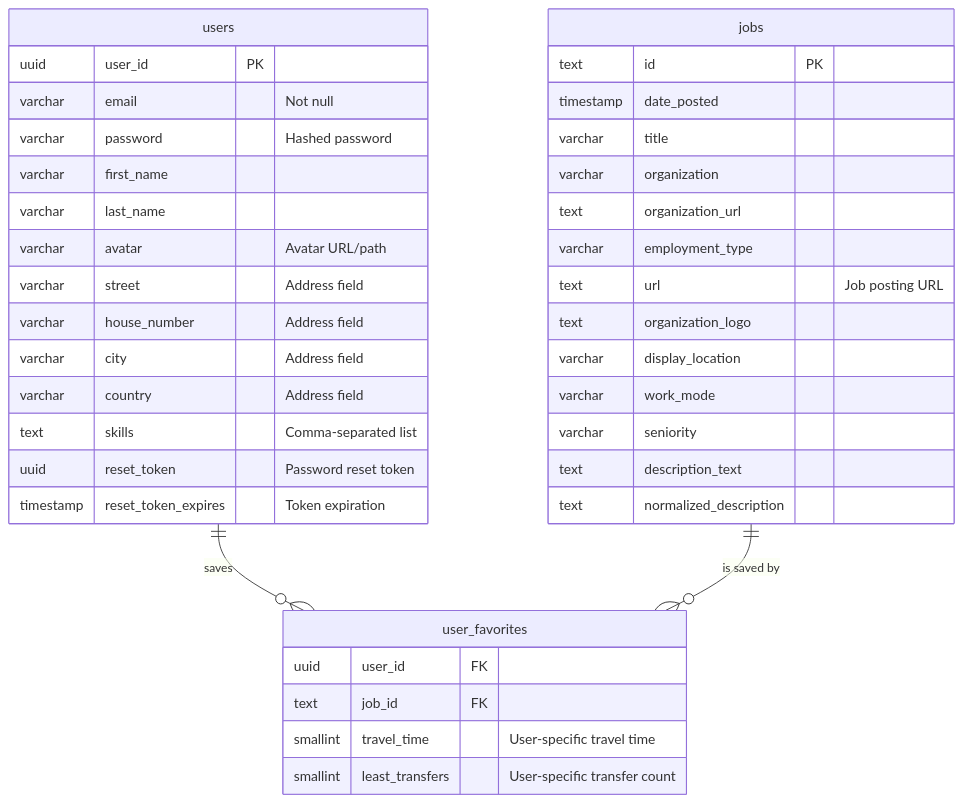
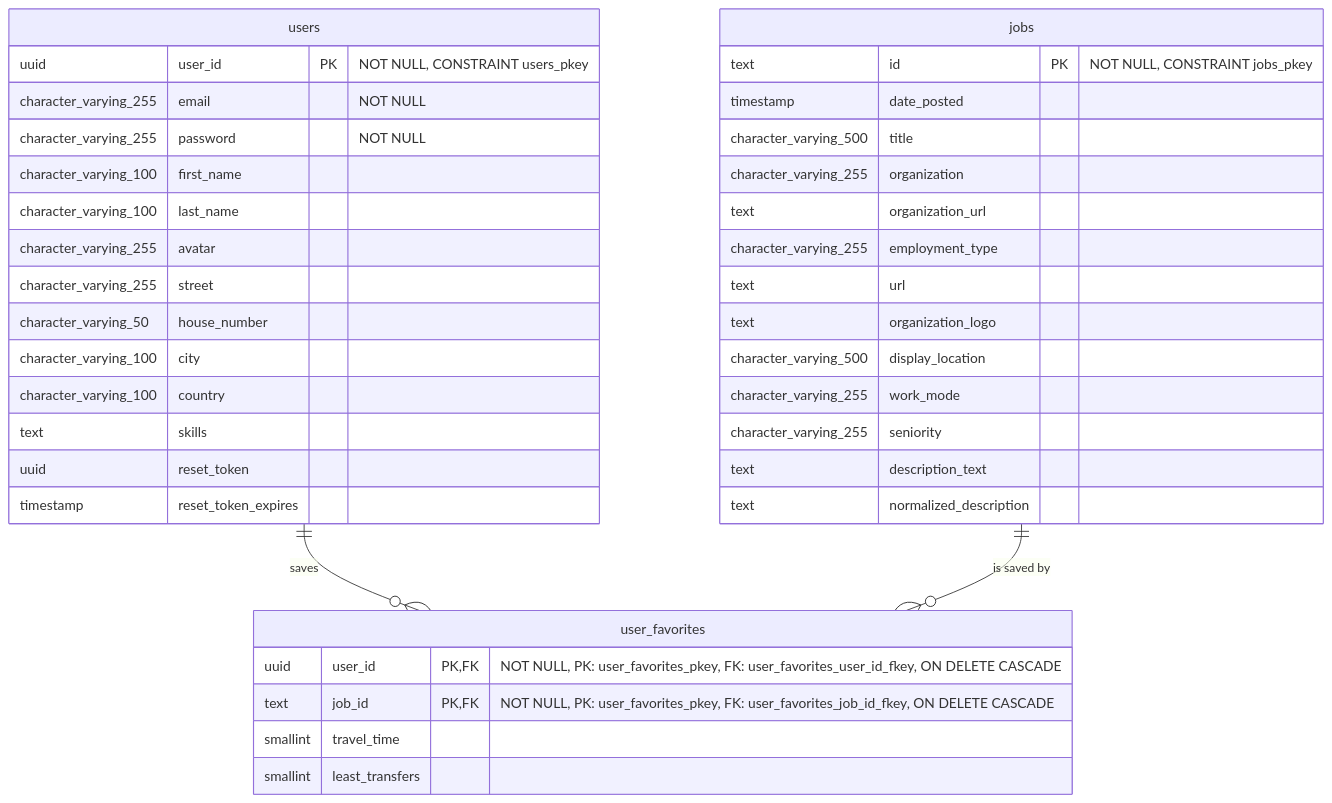
One commit to YahyaAl-Ademi/2025.10.23-JobCompass changed the diagram in documentation/ERD.md. Above: the diagram before and after it, drawn with Mermaid. The commit also changed 1 other file, not shown here.

Commit message:
Refactor user_favorites table constraints and update ERD documentation for clarity and consistency

````diff
--- a/documentation/ERD.md
+++ b/documentation/ERD.md
@@ -5,44 +5,44 @@
 ```mermaid
 erDiagram
     users ||--o{ user_favorites : "saves"
     jobs ||--o{ user_favorites : "is saved by"
 
     users {
-        uuid user_id PK
-        varchar email "Not null"
-        varchar password "Hashed password"
-        varchar first_name
-        varchar last_name
-        varchar avatar "Avatar URL/path"
-        varchar street "Address field"
-        varchar house_number "Address field"
-        varchar city "Address field"
-        varchar country "Address field"
-        text skills "Comma-separated list"
-        uuid reset_token "Password reset token"
-        timestamp reset_token_expires "Token expiration"
+        uuid user_id PK "NOT NULL, CONSTRAINT users_pkey"
+        character_varying_255 email "NOT NULL"
+        character_varying_255 password "NOT NULL"
+        character_varying_100 first_name
+        character_varying_100 last_name
+        character_varying_255 avatar
+        character_varying_255 street
+        character_varying_50 house_number
+        character_varying_100 city
+        character_varying_100 country
+        text skills
+        uuid reset_token
+        timestamp reset_token_expires
     }
 
     jobs {
-        text id PK
+        text id PK "NOT NULL, CONSTRAINT jobs_pkey"
         timestamp date_posted
-        varchar title
-        varchar organization
+        character_varying_500 title
+        character_varying_255 organization
         text organization_url
-        varchar employment_type
-        text url "Job posting URL"
+        character_varying_255 employment_type
+        text url
         text organization_logo
-        varchar display_location
-        varchar work_mode
-        varchar seniority
+        character_varying_500 display_location
+        character_varying_255 work_mode
+        character_varying_255 seniority
         text description_text
         text normalized_description
     }
 
     user_favorites {
-        uuid user_id FK
-        text job_id FK
-        smallint travel_time "User-specific travel time"
-        smallint least_transfers "User-specific transfer count"
+        uuid user_id PK,FK "NOT NULL, PK: user_favorites_pkey, FK: user_favorites_user_id_fkey, ON DELETE CASCADE"
+        text job_id PK,FK "NOT NULL, PK: user_favorites_pkey, FK: user_favorites_job_id_fkey, ON DELETE CASCADE"
+        smallint travel_time
+        smallint least_transfers
     }
 ```
````
